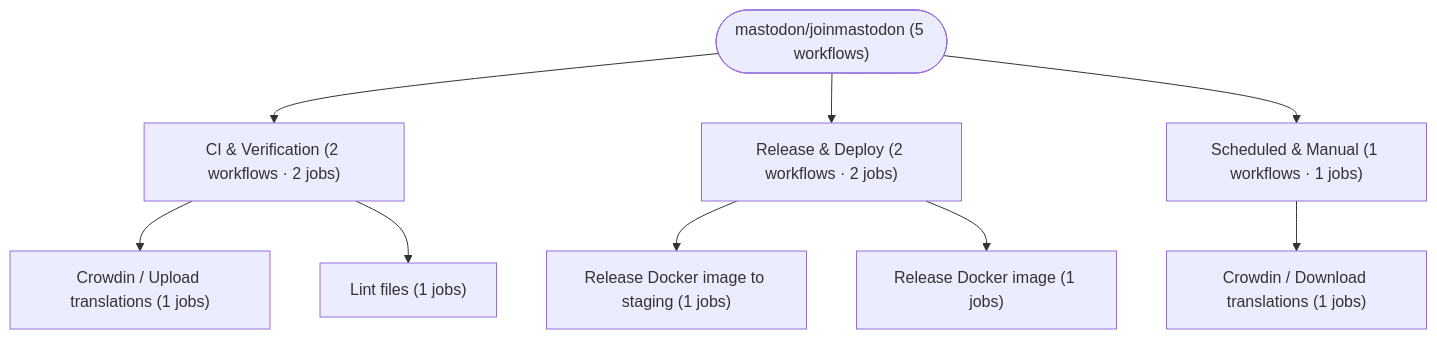
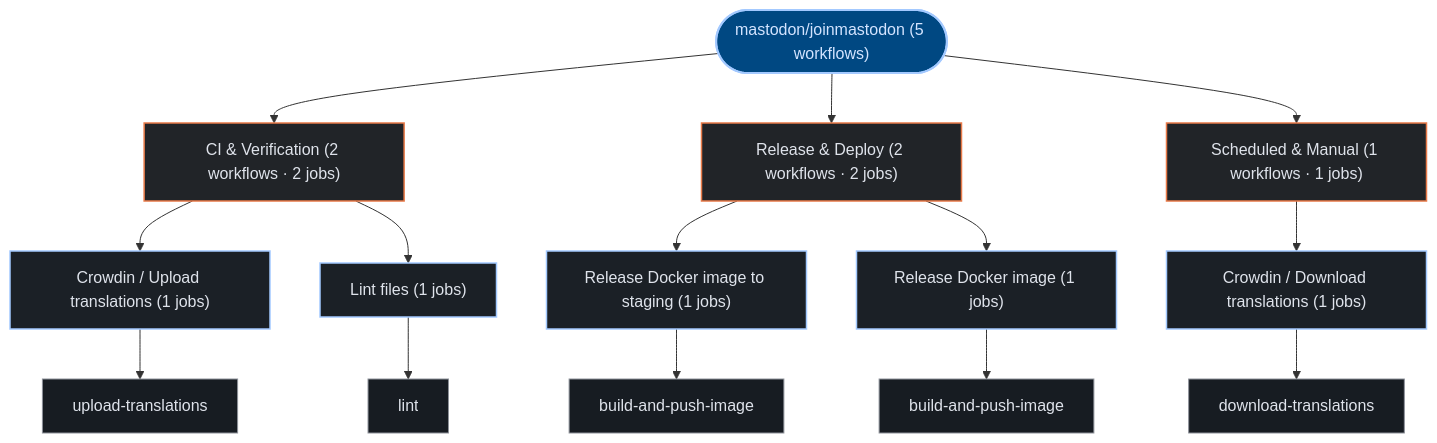
The third of 3 diagrams in exports/latest/reports/mastodon-joinmastodon-report.md (kumarshaz/atruss-code-atlas), drawn with Mermaid before and after one commit. The commit also changed other lines of this file and 331 other files, not shown here.

Commit message:
docs,ui,fix: update SDLC docs, reorder CI/CD DAG first, stylize Mermaid, and fix Arc42 pipeline topology

````diff
--- a/exports/latest/reports/mastodon-joinmastodon-report.md
+++ b/exports/latest/reports/mastodon-joinmastodon-report.md
@@ -191,20 +202,37 @@
 ```mermaid
 graph TD;
-  pipeline_root(["mastodon/joinmastodon (5 workflows)"])
-  grp_0_CI___Verification["CI & Verification (2 workflows · 2 jobs)"]
+  classDef atlasRoot fill:#004882,stroke:#a3c9ff,stroke-width:2px,color:#d3e4ff
+  classDef atlasCategory fill:#212428,stroke:#E87A48,stroke-width:1.5px,color:#dfe3eb
+  classDef atlasWorkflow fill:#1b2026,stroke:#a3c9ff,stroke-width:1.5px,color:#dfe3eb
+  classDef atlasJob fill:#171c22,stroke:#8d9199,stroke-width:1px,color:#dfe3eb
+  classDef atlasTarget fill:#005227,stroke:#8bd99b,stroke-width:1.5px,color:#a7f6b6
+  classDef atlasAlert fill:#93000a,stroke:#ffb4ab,stroke-width:1.5px,color:#ffdad6
+  classDef atlasMore fill:#252a31,stroke:#8d9199,stroke-dasharray:4 4,color:#c3c6cf
+  pipeline_root(["mastodon/joinmastodon (5 workflows)"]):::atlasRoot
+  grp_0_CI___Verification["CI & Verification (2 workflows · 2 jobs)"]:::atlasCategory
   pipeline_root --> grp_0_CI___Verification
-  wf_1_Crowdin___Upload_translations["Crowdin / Upload translations (1 jobs)"]
+  wf_1_Crowdin___Upload_translations["Crowdin / Upload translations (1 jobs)"]:::atlasWorkflow
   grp_0_CI___Verification --> wf_1_Crowdin___Upload_translations
-  wf_2_Lint_files["Lint files (1 jobs)"]
+  job_1_upload_translations["upload-translations"]:::atlasJob
+  wf_1_Crowdin___Upload_translations --> job_1_upload_translations
+  wf_2_Lint_files["Lint files (1 jobs)"]:::atlasWorkflow
   grp_0_CI___Verification --> wf_2_Lint_files
-  grp_1_Release___Deploy["Release & Deploy (2 workflows · 2 jobs)"]
+  job_2_lint["lint"]:::atlasJob
+  wf_2_Lint_files --> job_2_lint
+  grp_1_Release___Deploy["Release & Deploy (2 workflows · 2 jobs)"]:::atlasCategory
   pipeline_root --> grp_1_Release___Deploy
-  wf_3_Release_Docker_image_to_staging["Release Docker image to staging (1 jobs)"]
+  wf_3_Release_Docker_image_to_staging["Release Docker image to staging (1 jobs)"]:::atlasWorkflow
   grp_1_Release___Deploy --> wf_3_Release_Docker_image_to_staging
-  wf_4_Release_Docker_image["Release Docker image (1 jobs)"]
+  job_3_build_and_push_image["build-and-push-image"]:::atlasJob
+  wf_3_Release_Docker_image_to_staging --> job_3_build_and_push_image
+  wf_4_Release_Docker_image["Release Docker image (1 jobs)"]:::atlasWorkflow
   grp_1_Release___Deploy --> wf_4_Release_Docker_image
-  grp_2_Scheduled___Manual["Scheduled & Manual (1 workflows · 1 jobs)"]
+  job_4_build_and_push_image["build-and-push-image"]:::atlasJob
+  wf_4_Release_Docker_image --> job_4_build_and_push_image
+  grp_2_Scheduled___Manual["Scheduled & Manual (1 workflows · 1 jobs)"]:::atlasCategory
   pipeline_root --> grp_2_Scheduled___Manual
-  wf_0_Crowdin___Download_translations["Crowdin / Download translations (1 jobs)"]
+  wf_0_Crowdin___Download_translations["Crowdin / Download translations (1 jobs)"]:::atlasWorkflow
   grp_2_Scheduled___Manual --> wf_0_Crowdin___Download_translations
+  job_0_download_translations["download-translations"]:::atlasJob
+  wf_0_Crowdin___Download_translations --> job_0_download_translations
 ```
````
